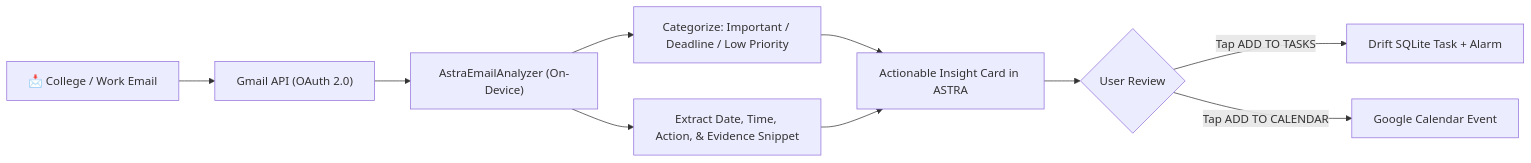
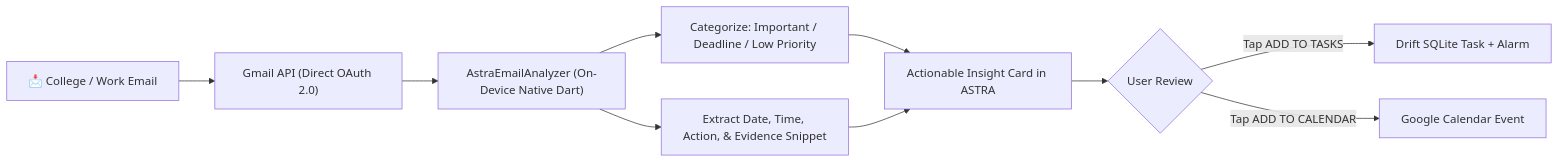
The fourth of 4 diagrams in README.md (manojsai7/Astra-Ai-Tasks-manager-APK), drawn with Mermaid before and after one commit. The commit also changed other lines of this file, not shown here.

````diff
--- a/README.md
+++ b/README.md
@@ -350,15 +353,15 @@
 ```mermaid
 flowchart LR
-    MAIL["📩 College / Work Email"] --> READ["Gmail API (OAuth 2.0)"]
-    READ --> ANALYZE["AstraEmailAnalyzer (On-Device)"]
+    MAIL["📩 College / Work Email"] --> READ["Gmail API (Direct OAuth 2.0)"]
+    READ --> ANALYZE["AstraEmailAnalyzer (On-Device Native Dart)"]
 
     ANALYZE --> CAT["Categorize: Important / Deadline / Low Priority"]
     ANALYZE --> EXTRACT["Extract Date, Time, Action, & Evidence Snippet"]
 
     CAT --> CARD["Actionable Insight Card in ASTRA"]
     EXTRACT --> CARD
 
     CARD --> USER_CHOICE{"User Review"}
     USER_CHOICE -->|Tap ADD TO TASKS| TASK["Drift SQLite Task + Alarm"]
     USER_CHOICE -->|Tap ADD TO CALENDAR| CAL["Google Calendar Event"]
 ```
````
